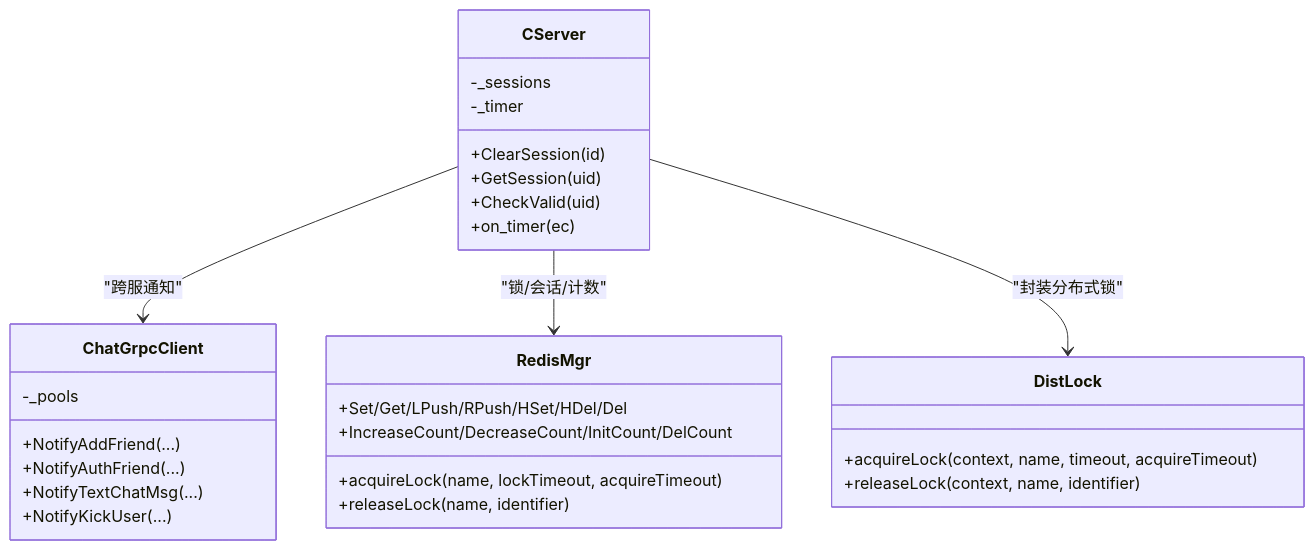
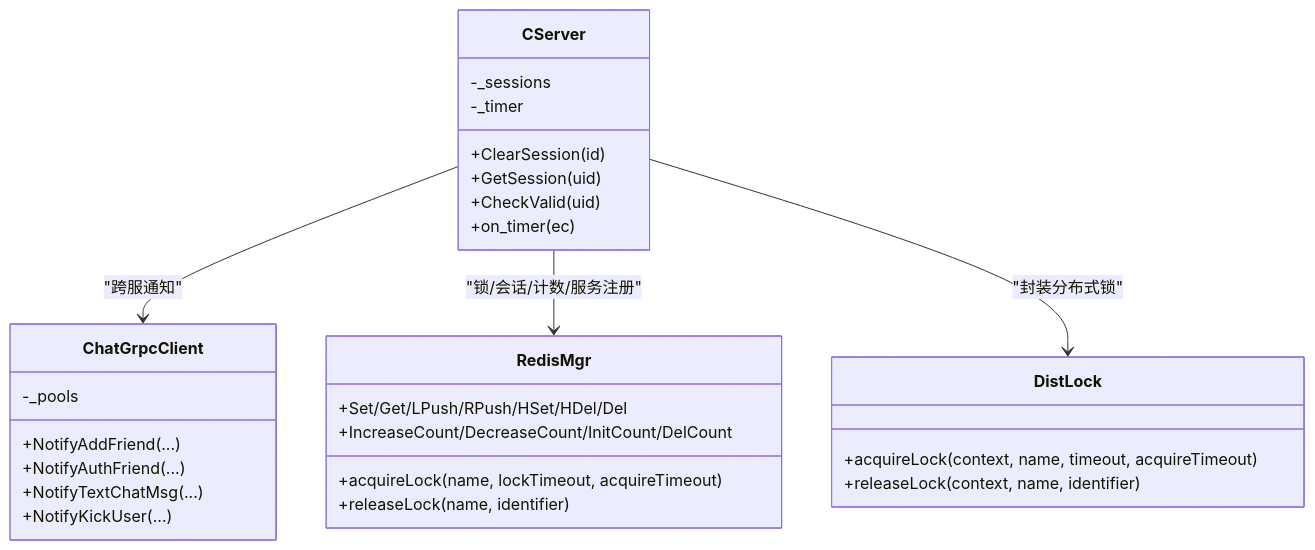
The fourth of 8 diagrams in .qoder/repowiki/zh/content/分布式系统/分布式系统.md (echo9923/mychatter), drawn with Mermaid before and after one commit. The commit also changed other lines of this file and 107 other files, not shown here.

````diff
--- a/.qoder/repowiki/zh/content/分布式系统/分布式系统.md
+++ b/.qoder/repowiki/zh/content/分布式系统/分布式系统.md
@@ -154,31 +181,31 @@
 ```mermaid
 classDiagram
 class CServer {
 +ClearSession(id)
 +GetSession(uid)
 +CheckValid(uid)
 +on_timer(ec)
 -_sessions
 -_timer
 }
 class ChatGrpcClient {
 +NotifyAddFriend(...)
 +NotifyAuthFriend(...)
 +NotifyTextChatMsg(...)
 +NotifyKickUser(...)
 -_pools
 }
 class DistLock {
 +acquireLock(context, name, timeout, acquireTimeout)
 +releaseLock(context, name, identifier)
 }
 class RedisMgr {
 +acquireLock(name, lockTimeout, acquireTimeout)
 +releaseLock(name, identifier)
 +Set/Get/LPush/RPush/HSet/HDel/Del
 +IncreaseCount/DecreaseCount/InitCount/DelCount
 }
 CServer --> ChatGrpcClient : "跨服通知"
-CServer --> RedisMgr : "锁/会话/计数"
+CServer --> RedisMgr : "锁/会话/计数/服务注册"
 CServer --> DistLock : "封装分布式锁"
 ```
````
